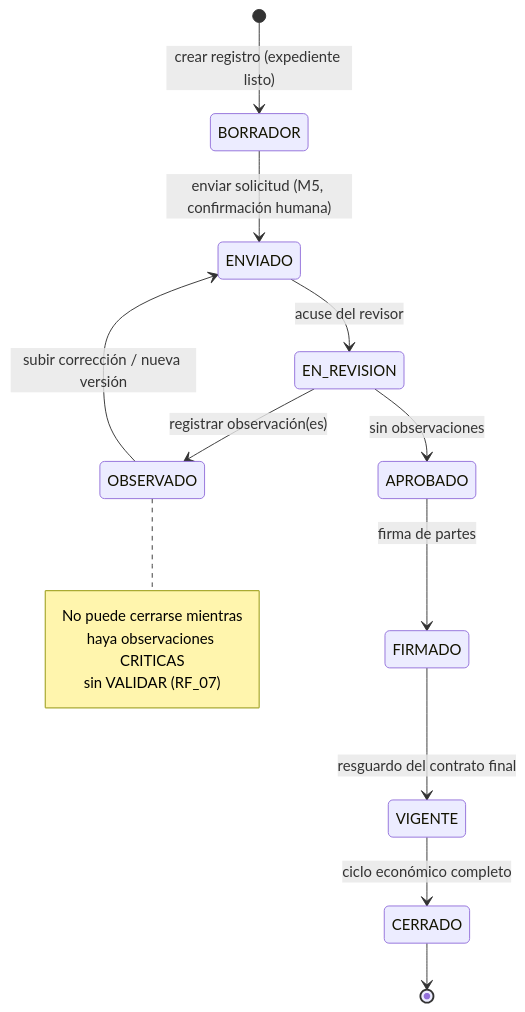
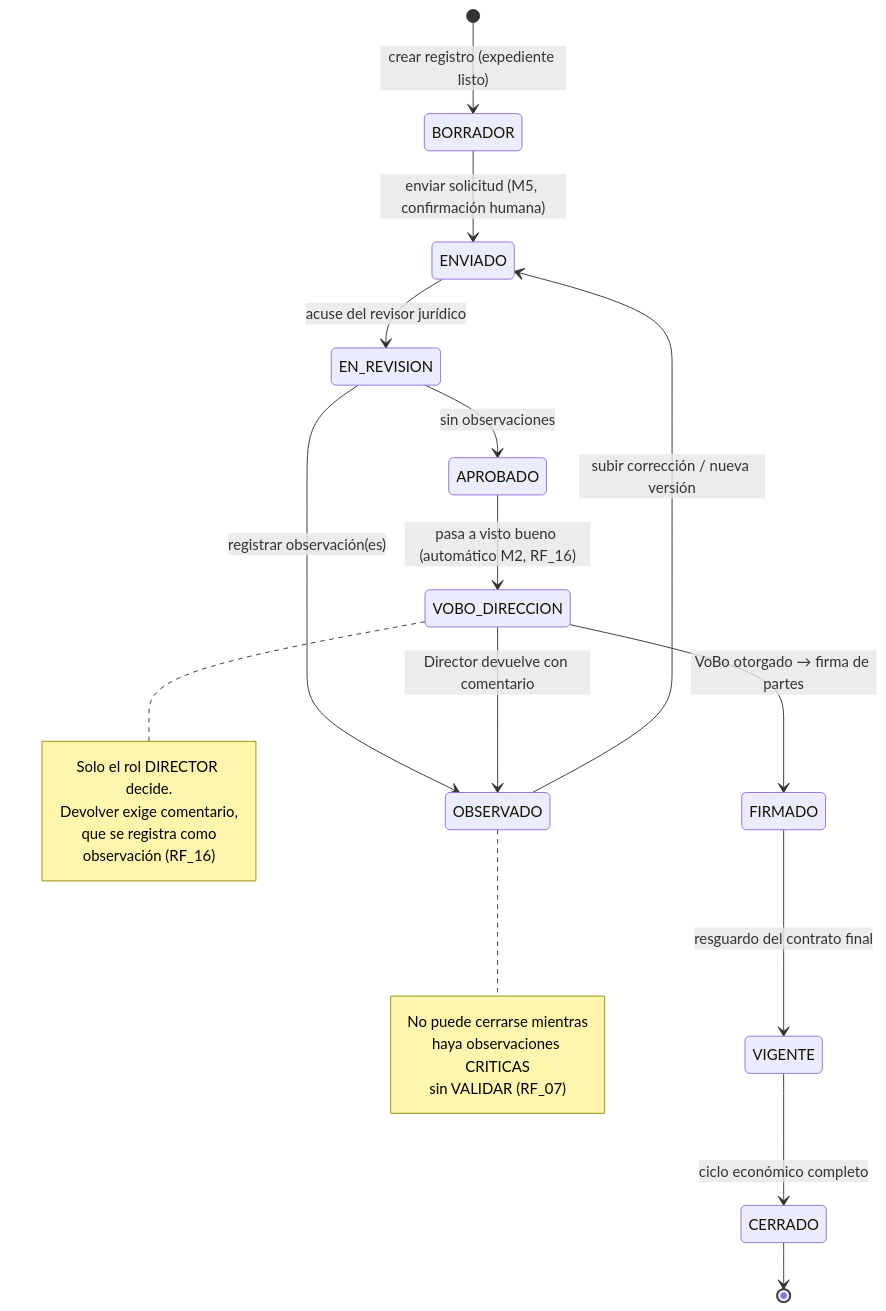
One commit to mirandajuan3007-bit/SistemaOrgananizacion changed the first of 5 diagrams in sistema_organizacion/diseño/diagramas/02_maquinas_de_estado.md. Above: the diagram before and after it, drawn with Mermaid. The commit also changed other lines of this file and 18 other files, not shown here.

````diff
--- a/sistema_organizacion/diseño/diagramas/02_maquinas_de_estado.md
+++ b/sistema_organizacion/diseño/diagramas/02_maquinas_de_estado.md
@@ -12,19 +12,28 @@
 ```mermaid
 stateDiagram-v2
     [*] --> BORRADOR : crear registro (expediente listo)
     BORRADOR --> ENVIADO : enviar solicitud (M5, confirmación humana)
-    ENVIADO --> EN_REVISION : acuse del revisor
+    ENVIADO --> EN_REVISION : acuse del revisor jurídico
     EN_REVISION --> OBSERVADO : registrar observación(es)
     EN_REVISION --> APROBADO : sin observaciones
     OBSERVADO --> ENVIADO : subir corrección / nueva versión
-    APROBADO --> FIRMADO : firma de partes
+    APROBADO --> VOBO_DIRECCION : pasa a visto bueno (automático M2, RF_16)
+    VOBO_DIRECCION --> FIRMADO : VoBo otorgado → firma de partes
+    VOBO_DIRECCION --> OBSERVADO : Director devuelve con comentario
     FIRMADO --> VIGENTE : resguardo del contrato final
     VIGENTE --> CERRADO : ciclo económico completo
     CERRADO --> [*]
 
     note right of OBSERVADO
         No puede cerrarse mientras
         haya observaciones CRITICAS
         sin VALIDAR (RF_07)
     end note
+
+    note right of VOBO_DIRECCION
+        Solo el rol DIRECTOR decide.
+        Devolver exige comentario,
+        que se registra como
+        observación (RF_16)
+    end note
 ```
````
